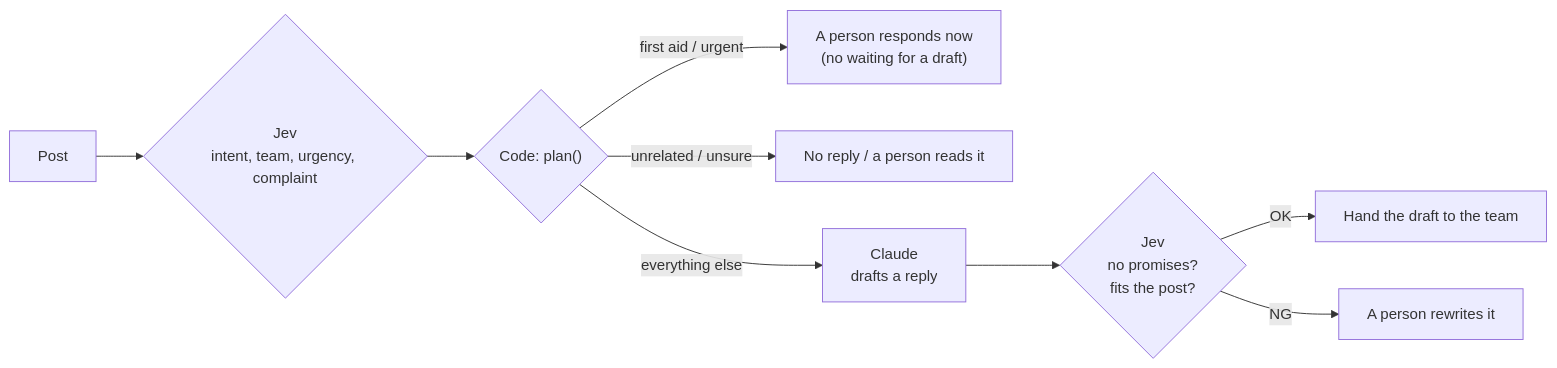
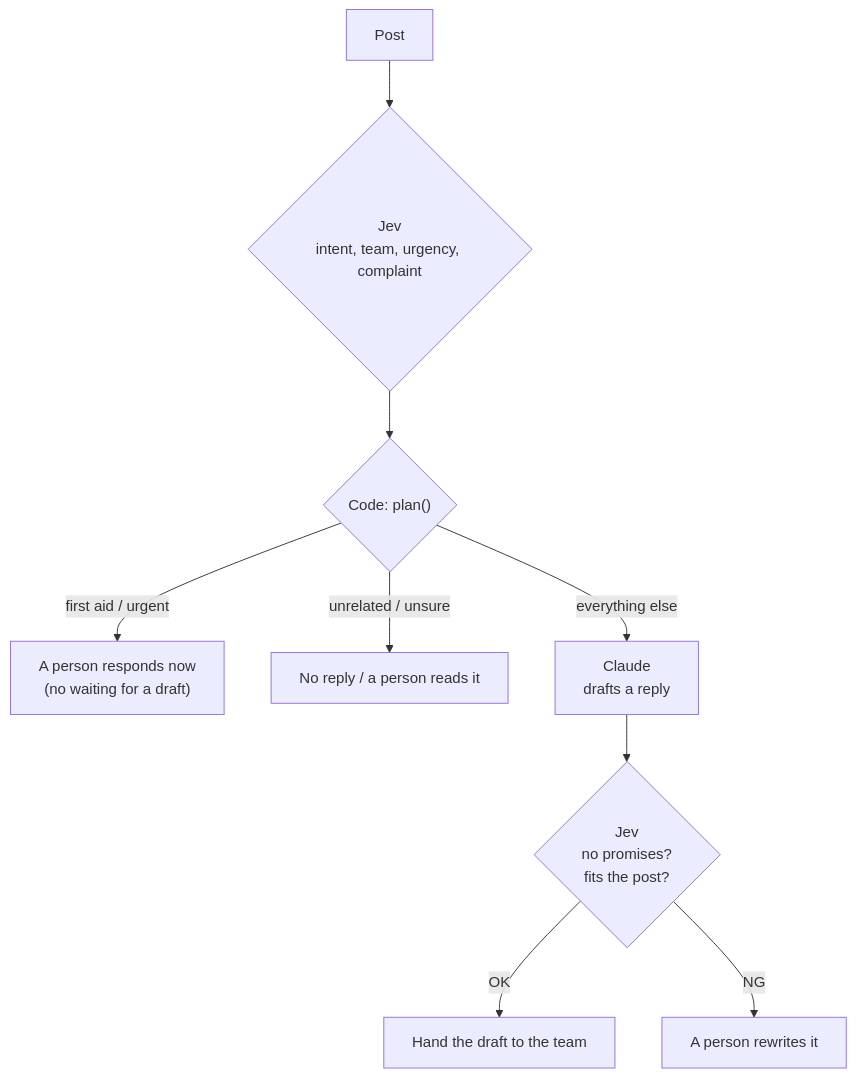
Before and after one commit to kenmori/jev-dojo: the diagram in docs/en/advanced/b-two-layer.md, drawn with Mermaid. The commit also changed 7 other files, not shown here.

First line of the commit message:
README: 級位マップを、横に長い図から段階ごとの表にする。横に長い流れ図を縦向きにする

````diff
--- a/docs/en/advanced/b-two-layer.md
+++ b/docs/en/advanced/b-two-layer.md
@@ -14,11 +14,11 @@
 ```mermaid
-flowchart LR
+flowchart TB
   P["Post"] --> J1{"Jev<br/>intent, team, urgency, complaint"}
   J1 --> C{"Code: plan()"}
   C -->|"first aid / urgent"| H["A person responds now<br/>(no waiting for a draft)"]
   C -->|"unrelated / unsure"| N["No reply / a person reads it"]
   C -->|"everything else"| L["Claude<br/>drafts a reply"]
   L --> J2{"Jev<br/>no promises?<br/>fits the post?"}
   J2 -->|"OK"| D["Hand the draft to the team"]
   J2 -->|"NG"| R["A person rewrites it"]
 ```
````
